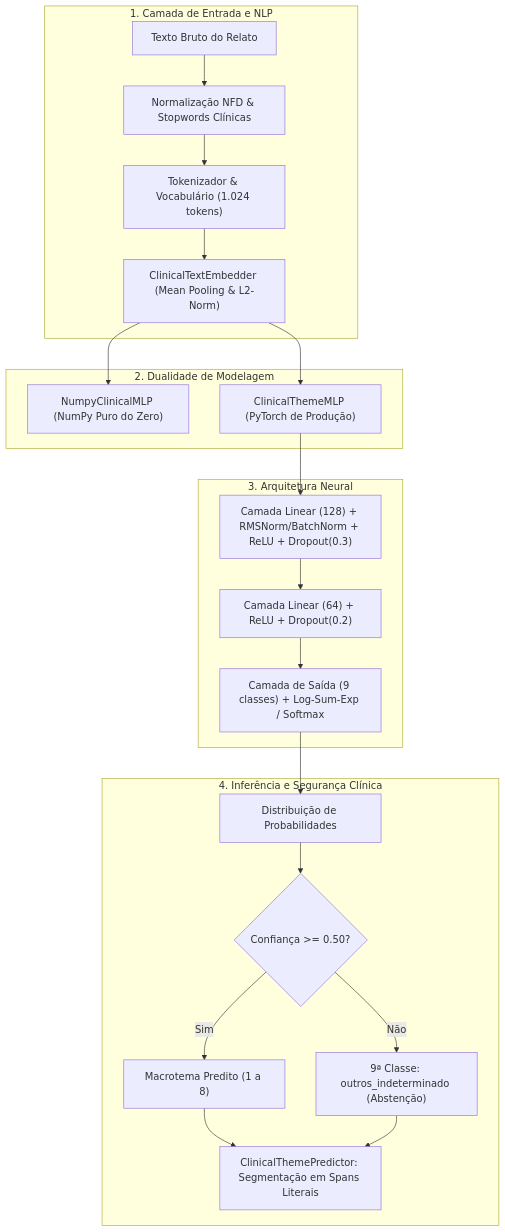
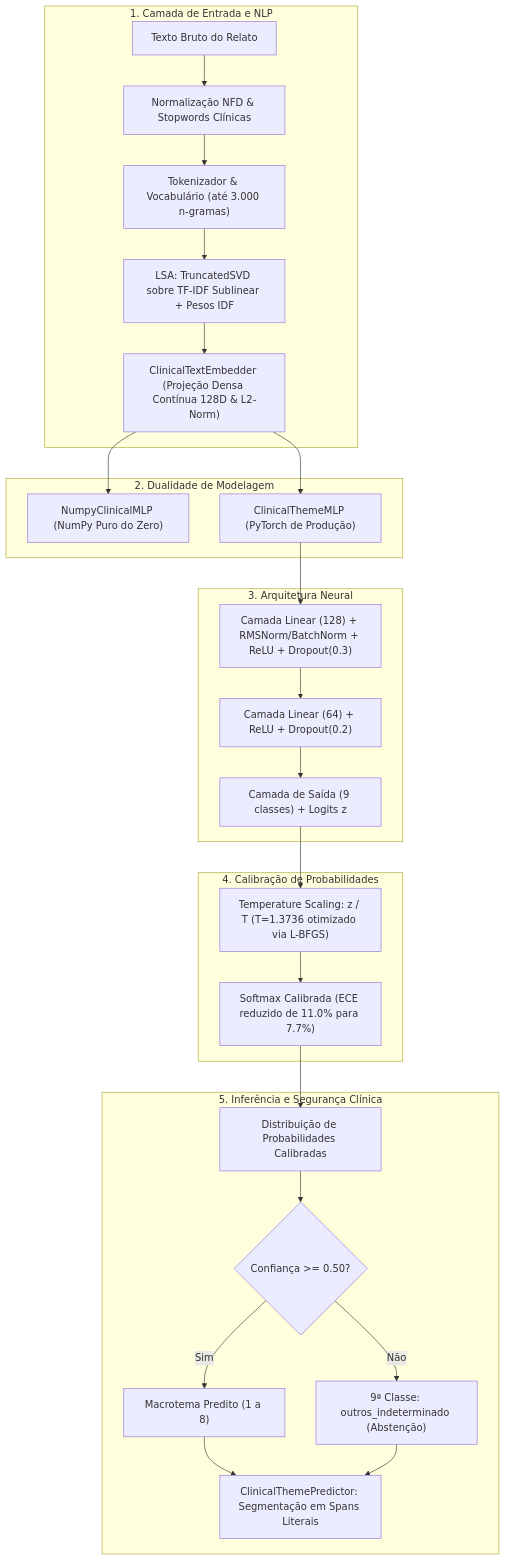
One commit to 007-Licensa-Para-Executar/challenge-2-base changed the diagram in docs/dossie-tecnico-rede-neural.md. Above: the diagram before and after it, drawn with Mermaid. The commit also changed other lines of this file and 3 other files, not shown here.

````diff
--- a/docs/dossie-tecnico-rede-neural.md
+++ b/docs/dossie-tecnico-rede-neural.md
@@ -13,27 +13,33 @@
 ```mermaid
 flowchart TD
     subgraph INP["1. Camada de Entrada e NLP"]
         RAW["Texto Bruto do Relato"] --> PRE["Normalização NFD & Stopwords Clínicas"]
-        PRE --> TOK["Tokenizador & Vocabulário (1.024 tokens)"]
-        TOK --> EMB["ClinicalTextEmbedder (Mean Pooling & L2-Norm)"]
+        PRE --> TOK["Tokenizador & Vocabulário (até 3.000 n-gramas)"]
+        TOK --> LSA["LSA: TruncatedSVD sobre TF-IDF Sublinear + Pesos IDF"]
+        LSA --> EMB["ClinicalTextEmbedder (Projeção Densa Contínua 128D & L2-Norm)"]
     end
 
     subgraph DUO["2. Dualidade de Modelagem"]
         EMB --> NUMPY["NumpyClinicalMLP (NumPy Puro do Zero)"]
         EMB --> TORCH["ClinicalThemeMLP (PyTorch de Produção)"]
     end
 
     subgraph CORE["3. Arquitetura Neural"]
         TORCH --> L1["Camada Linear (128) + RMSNorm/BatchNorm + ReLU + Dropout(0.3)"]
         L1 --> L2["Camada Linear (64) + ReLU + Dropout(0.2)"]
-        L2 --> L3["Camada de Saída (9 classes) + Log-Sum-Exp / Softmax"]
+        L2 --> L3["Camada de Saída (9 classes) + Logits z"]
     end
 
-    subgraph CLIN["4. Inferência e Segurança Clínica"]
-        L3 --> PROB["Distribuição de Probabilidades"]
+    subgraph CALIB["4. Calibração de Probabilidades"]
+        L3 --> TS["Temperature Scaling: z / T (T=1.3736 otimizado via L-BFGS)"]
+        TS --> SOFT["Softmax Calibrada (ECE reduzido de 11.0% para 7.7%)"]
+    end
+
+    subgraph CLIN["5. Inferência e Segurança Clínica"]
+        SOFT --> PROB["Distribuição de Probabilidades Calibradas"]
         PROB --> CHECK{"Confiança >= 0.50?"}
         CHECK -->|Sim| DET["Macrotema Predito (1 a 8)"]
         CHECK -->|Não| ABS["9ª Classe: outros_indeterminado (Abstenção)"]
         DET & ABS --> SPAN["ClinicalThemePredictor: Segmentação em Spans Literais"]
     end
 ```
````
